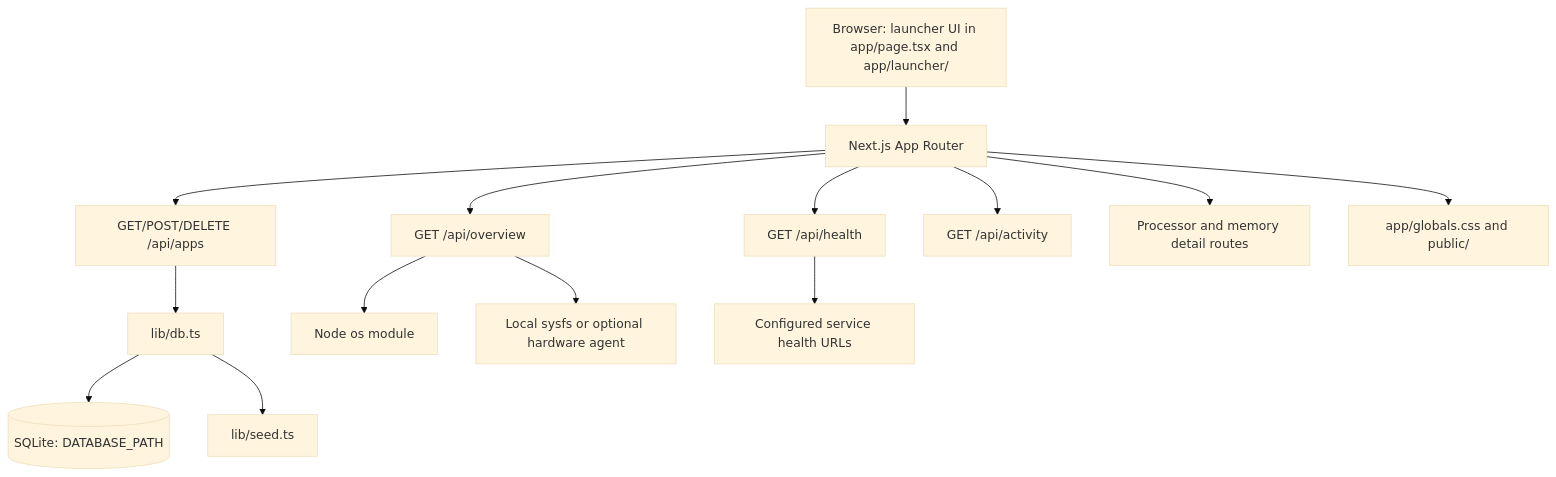
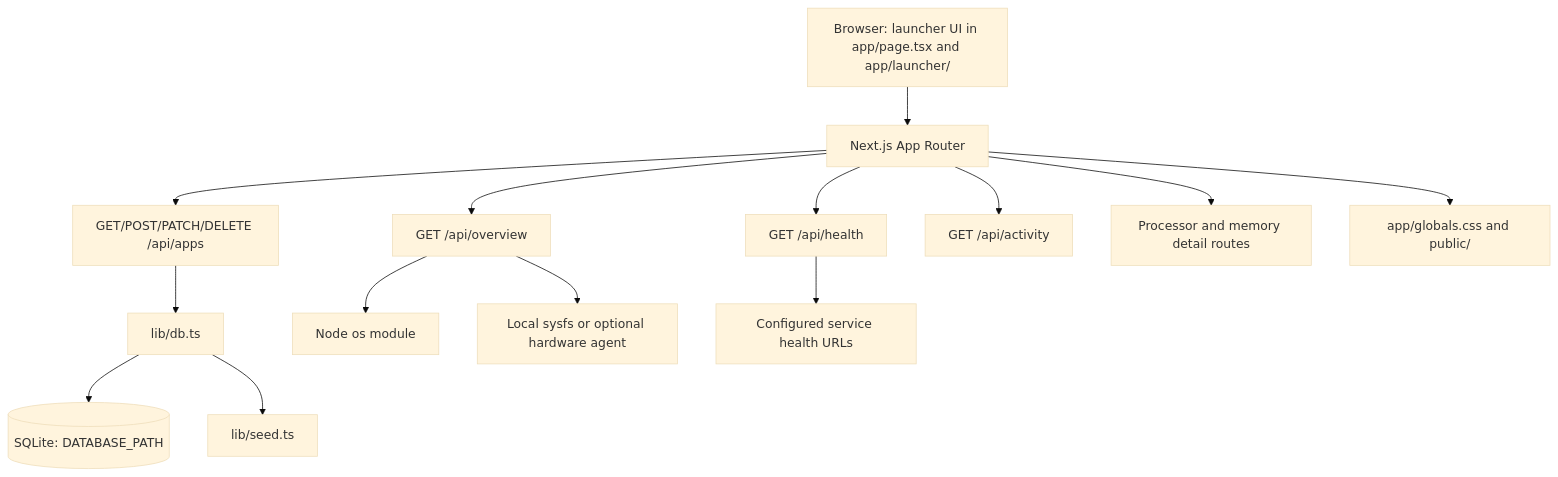
Before and after one commit to wehyn/nimbus: the diagram in docs/architecture.md, drawn with Mermaid (base theme). The commit also changed other lines of this file and 14 other files, not shown here.

````diff
--- a/docs/architecture.md
+++ b/docs/architecture.md
@@ -8,16 +8,16 @@
 ```mermaid
 flowchart TD
     Browser[Browser: launcher UI in app/page.tsx and app/launcher/] --> Next[Next.js App Router]
-    Next --> AppsAPI[GET/POST/DELETE /api/apps]
+    Next --> AppsAPI[GET/POST/PATCH/DELETE /api/apps]
     Next --> HealthAPI[GET /api/health]
     Next --> OverviewAPI[GET /api/overview]
     Next --> ActivityAPI[GET /api/activity]
     Next --> DetailAPI[Processor and memory detail routes]
     AppsAPI --> DB[lib/db.ts]
     DB --> SQLite[(SQLite: DATABASE_PATH)]
     DB --> Seed[lib/seed.ts]
     OverviewAPI --> OS[Node os module]
     OverviewAPI --> Hardware[Local sysfs or optional hardware agent]
     HealthAPI --> Services[Configured service health URLs]
     Next --> Static[app/globals.css and public/]
 ```
````
